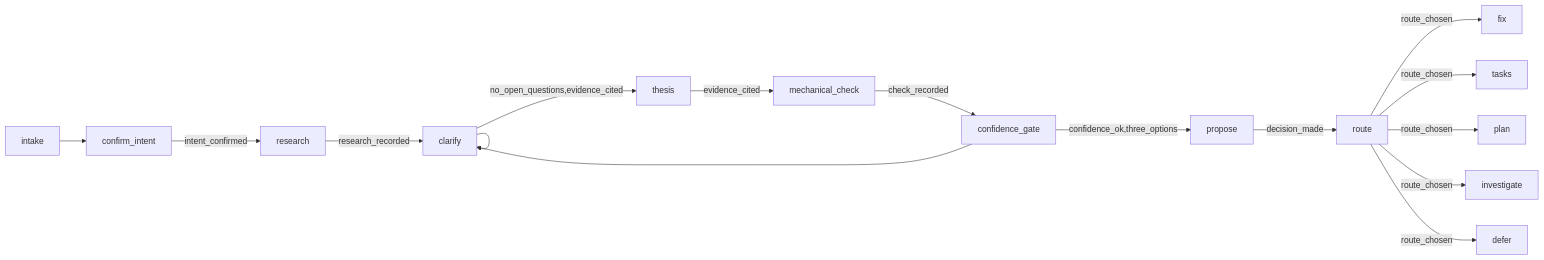
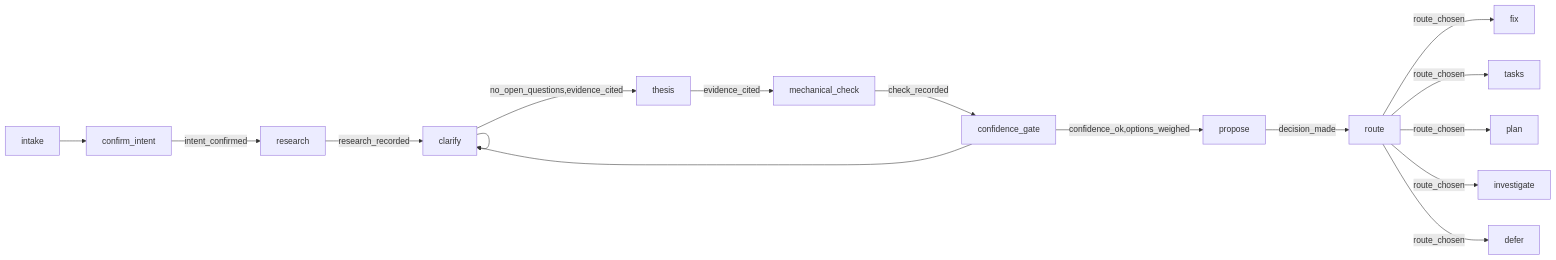
Before and after one commit to lleqsnoom/otter-skills: the diagram in skills/o-analyze/SKILL.md, drawn with Mermaid. The commit also changed other lines of this file and 251 other files, not shown here.

````diff
--- a/skills/o-analyze/SKILL.md
+++ b/skills/o-analyze/SKILL.md
@@ -27,18 +27,18 @@
 ```mermaid
 graph LR
   intake --> confirm_intent
   confirm_intent -->|intent_confirmed| research
   research -->|research_recorded| clarify
   clarify --> clarify
   clarify -->|no_open_questions,evidence_cited| thesis
   thesis -->|evidence_cited| mechanical_check
   mechanical_check -->|check_recorded| confidence_gate
   confidence_gate --> clarify
-  confidence_gate -->|confidence_ok,three_options| propose
+  confidence_gate -->|confidence_ok,options_weighed| propose
   propose -->|decision_made| route
   route -->|route_chosen| fix
   route -->|route_chosen| tasks
   route -->|route_chosen| plan
   route -->|route_chosen| investigate
   route -->|route_chosen| defer
 ```
````
